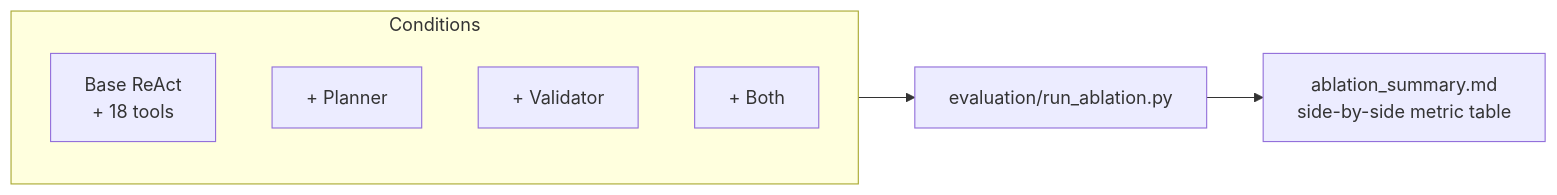
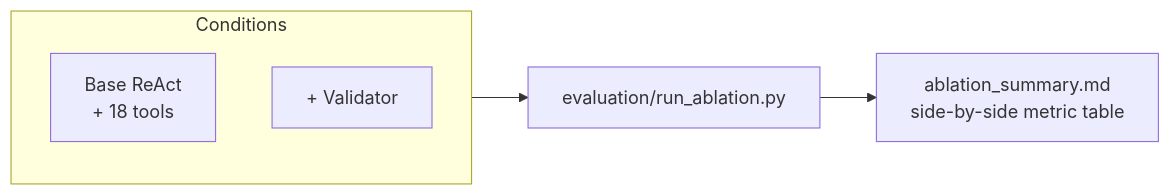
One commit to moetzi/agentic-graphrag-endangered-species-qa changed the fifth of 5 diagrams in docs/architecture.md. Above: the diagram before and after it, drawn with Mermaid. The commit also changed other lines of this file and 11 other files, not shown here.

````diff
--- a/docs/architecture.md
+++ b/docs/architecture.md
@@ -127,11 +121,9 @@
 ```mermaid
 flowchart LR
     subgraph Conditions
         B["Base ReAct<br/>+ 18 tools"]
-        P["+ Planner"]
         V["+ Validator"]
-        BV["+ Both"]
     end
     Conditions --> R["evaluation/run_ablation.py"]
     R --> M["ablation_summary.md<br/>side-by-side metric table"]
 ```
````
